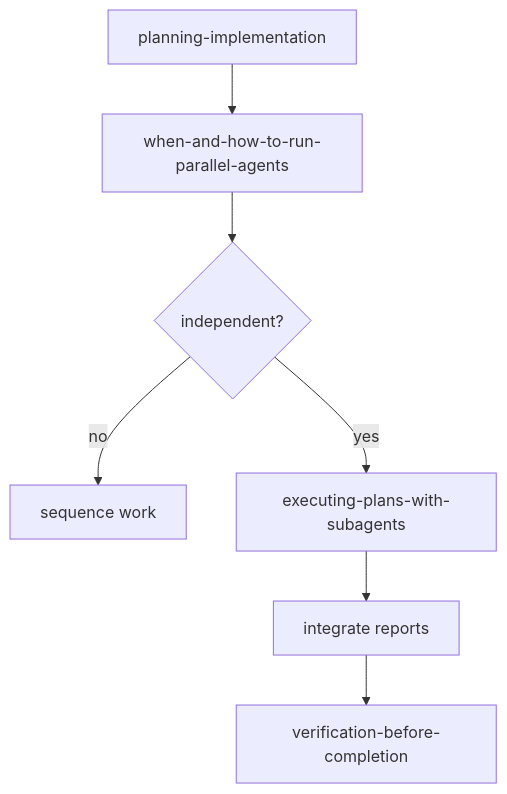
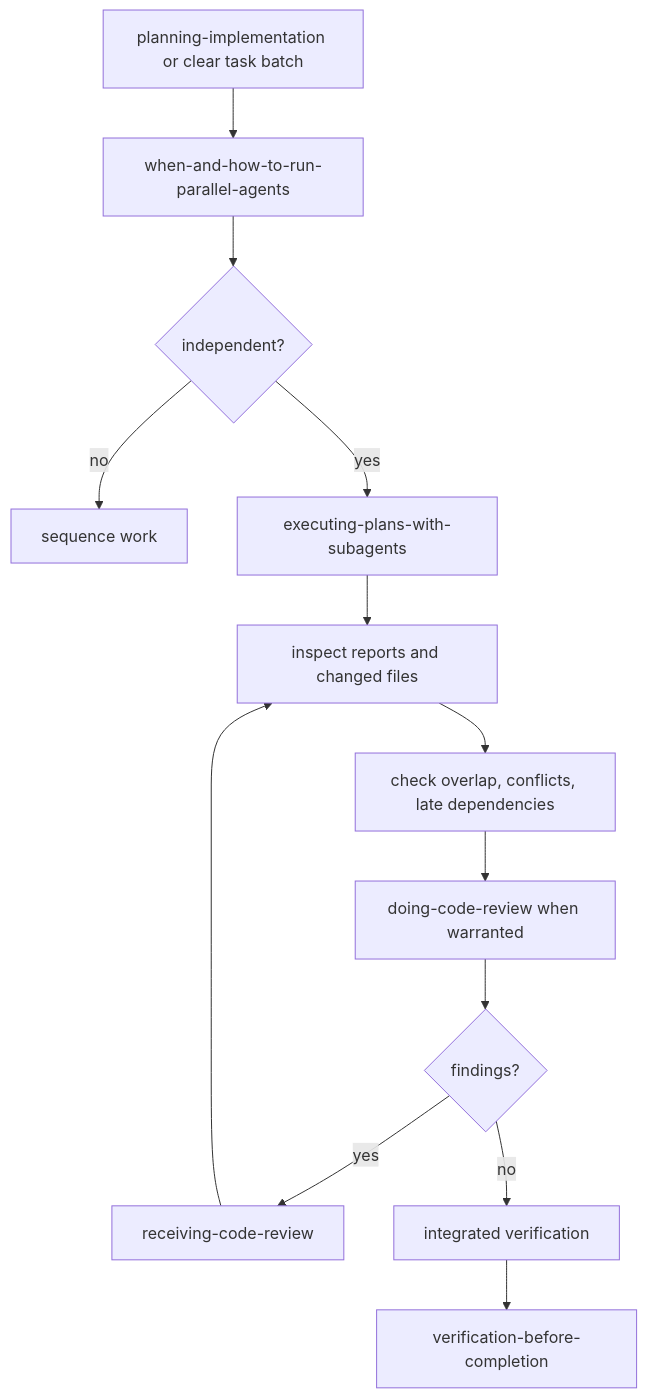
One commit to quick-brown-foxxx/myai changed diagram 14 of 14 in skills/README.md. Above: the diagram before and after it, drawn with Mermaid. The commit also changed other lines of this file, not shown here.

````diff
--- a/skills/README.md
+++ b/skills/README.md
@@ -304,9 +437,15 @@
 ```mermaid
 flowchart TD
-  A[planning-implementation] --> B[when-and-how-to-run-parallel-agents]
+  A[planning-implementation or clear task batch] --> B[when-and-how-to-run-parallel-agents]
   B --> C{independent?}
   C -- no --> D[sequence work]
   C -- yes --> E[executing-plans-with-subagents]
-  E --> F[integrate reports]
-  F --> G[verification-before-completion]
+  E --> F[inspect reports and changed files]
+  F --> G[check overlap, conflicts, late dependencies]
+  G --> H[doing-code-review when warranted]
+  H --> I{findings?}
+  I -- yes --> J[receiving-code-review]
+  J --> F
+  I -- no --> K[integrated verification]
+  K --> L[verification-before-completion]
 ```
````
